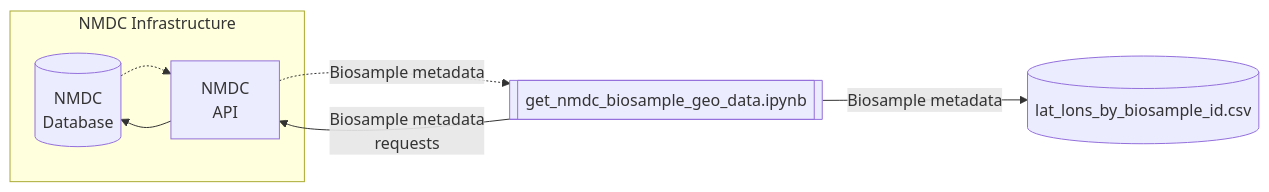
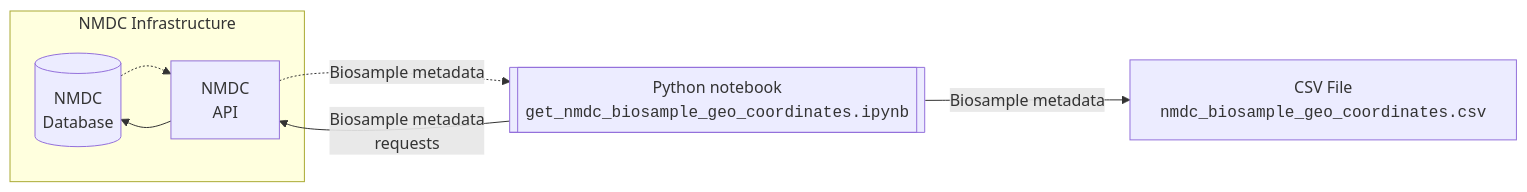
One commit to eecavanna/bertron changed the diagram in nmdc/README.md. Above: the diagram before and after it, drawn with Mermaid. The commit also changed other lines of this file and 3 other files, not shown here.

````diff
--- a/nmdc/README.md
+++ b/nmdc/README.md
@@ -9,15 +10,15 @@
 ```mermaid
 flowchart LR
     subgraph NMDC Infrastructure
         nmdc_db[("NMDC<br>Database")]
         nmdc_api["NMDC<br>API"]
         nmdc_db -.-> nmdc_api
         nmdc_api --> nmdc_db
     end
     
-    notebook[["get_nmdc_biosample_geo_data.ipynb"]]
+    notebook[["Python notebook<br><code>get_nmdc_biosample_geo_coordinates.ipynb</code>"]]
     notebook -- Biosample metadata<br>requests --> nmdc_api
     notebook -- Biosample metadata --> csv_file
     nmdc_api -. Biosample metadata .-> notebook
-    csv_file[("lat_lons_by_biosample_id.csv")]
+    csv_file["CSV File<br><code>nmdc_biosample_geo_coordinates.csv</code>"]
 ```
````
